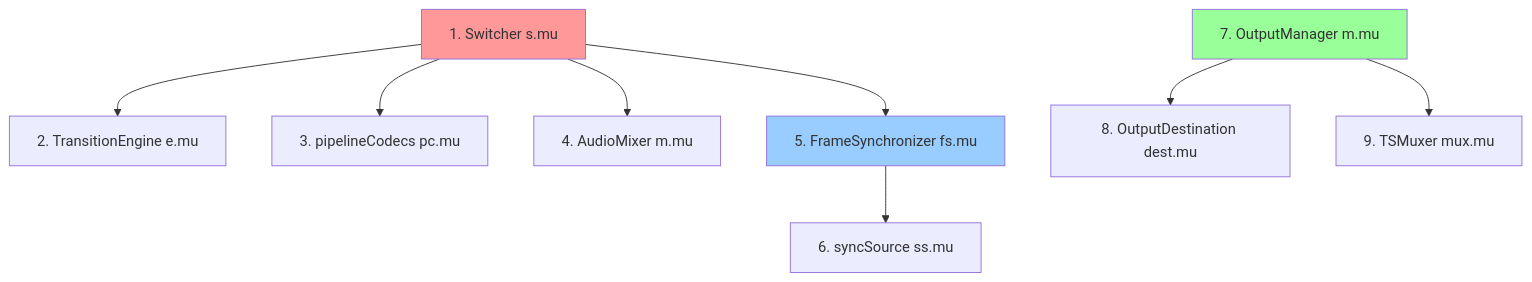
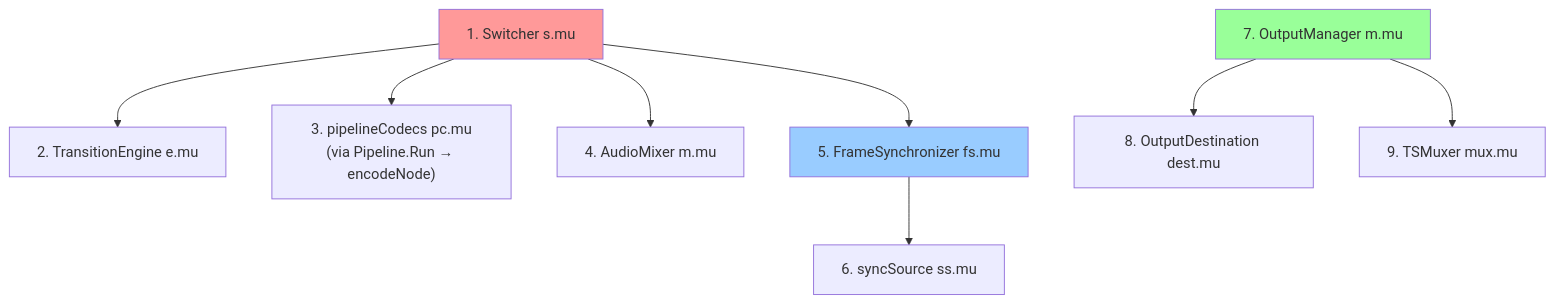
The eighth of 8 diagrams in docs/locking-and-concurrency.md (zsiec/switchframe), drawn with Mermaid before and after one commit. The commit also changed other lines of this file and 1 other file, not shown here.

````diff
--- a/docs/locking-and-concurrency.md
+++ b/docs/locking-and-concurrency.md
@@ -369,14 +373,14 @@
 ```mermaid
 graph TD
     A["1. Switcher s.mu"] --> B["2. TransitionEngine e.mu"]
-    A --> D["3. pipelineCodecs pc.mu"]
+    A --> D["3. pipelineCodecs pc.mu<br/>(via Pipeline.Run → encodeNode)"]
     A --> E["4. AudioMixer m.mu"]
     A --> F["5. FrameSynchronizer fs.mu"]
     F --> G["6. syncSource ss.mu"]
     H["7. OutputManager m.mu"] --> I["8. OutputDestination dest.mu"]
     H --> J["9. TSMuxer mux.mu"]
 
     style A fill:#ff9999
     style F fill:#99ccff
     style H fill:#99ff99
 ```
````
